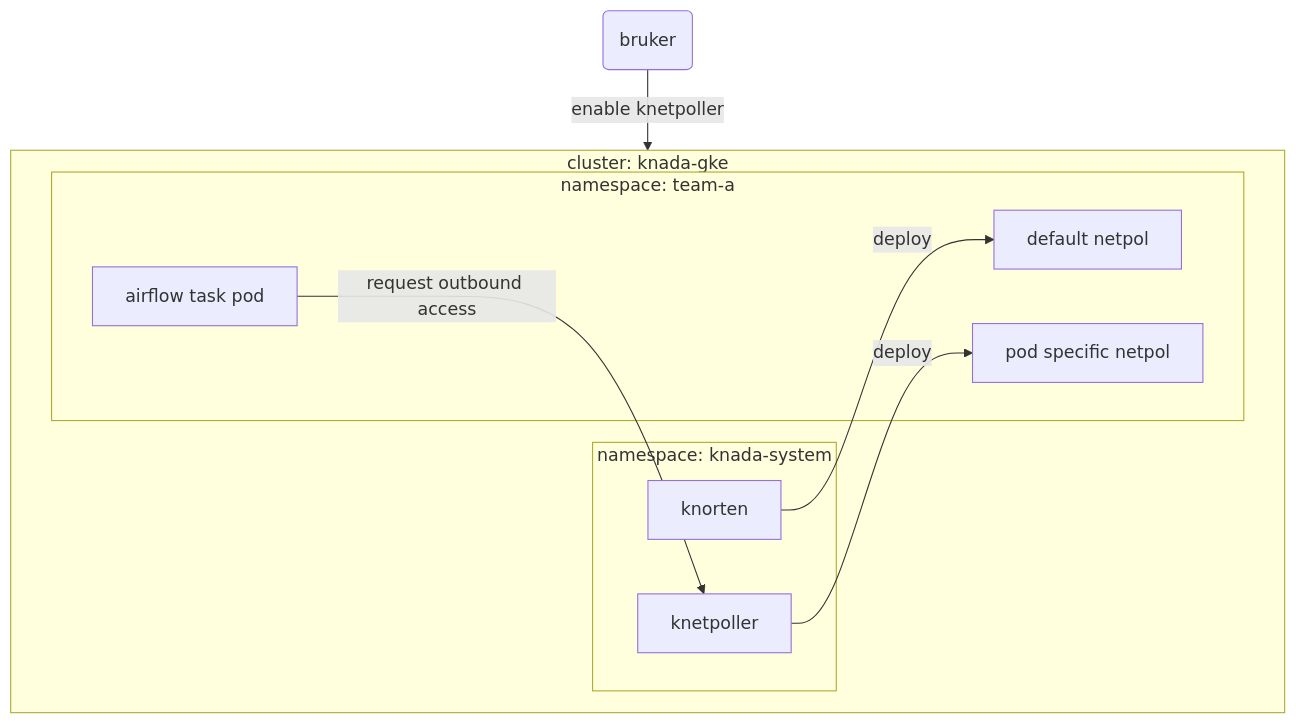
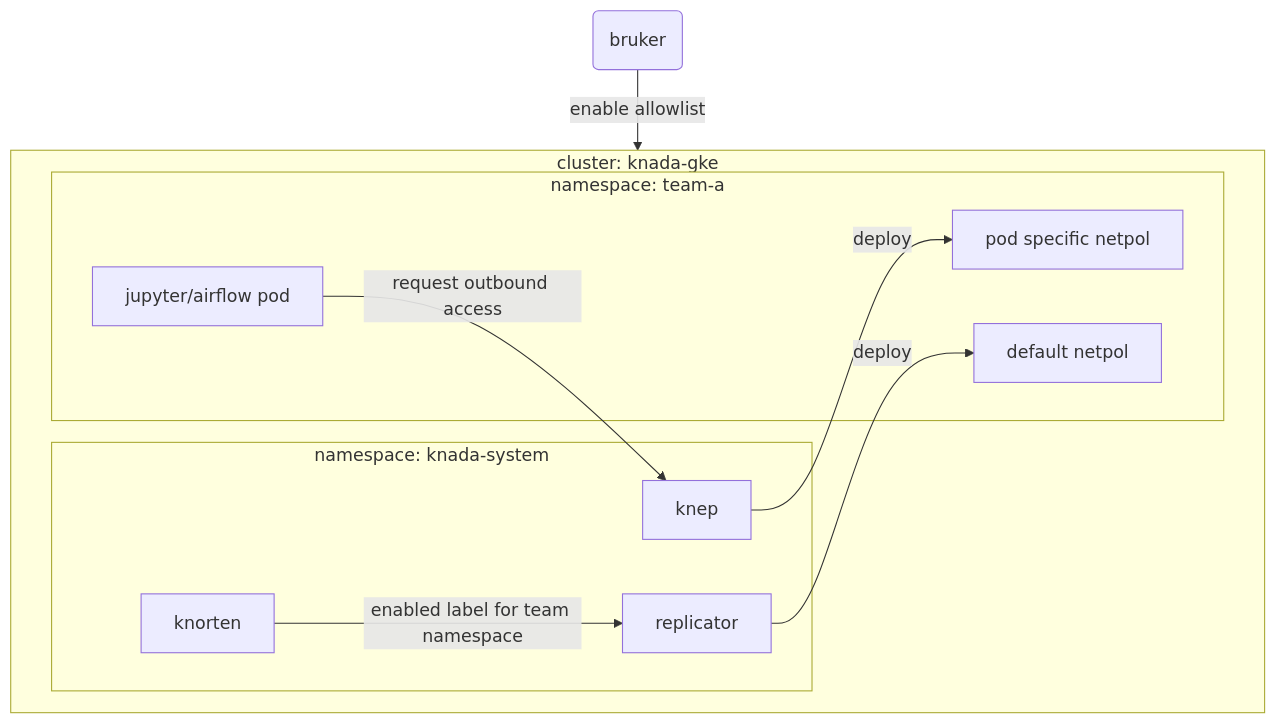
Before and after one commit to navikt/knep: the diagram in README.md, drawn with Mermaid. The commit also changed other lines of this file, not shown here.

````diff
--- a/README.md
+++ b/README.md
@@ -6,18 +6,18 @@
 ```mermaid
 graph TB;
     user(bruker)
-    user--"enable knetpoller"-->knorten[knorten]
+    user--"enable allowlist"-->knorten[knorten]
     subgraph "cluster: knada-gke"
         direction LR
         subgraph "namespace: knada-system"
-            knorten[knorten]
-            knetpoller[knetpoller]
+            knorten[knorten]--"enabled label for team namespace"-->replicator[replicator]
+            knep[knep]
         end
         subgraph "namespace: team-a"
             defaultnetpol[default netpol]
-            knetpoller[knetpoller]--"deploy"-->tasknetpol[pod specific netpol]
-            task[airflow task pod]--"request outbound access"-->knetpoller
-            knorten--"deploy"-->defaultnetpol[default netpol]
+            knep[knep]--"deploy"-->tasknetpol[pod specific netpol]
+            task[jupyter/airflow pod]--"request outbound access"-->knep
+            replicator--"deploy"-->defaultnetpol[default netpol]
         end
     end
 ```
````
